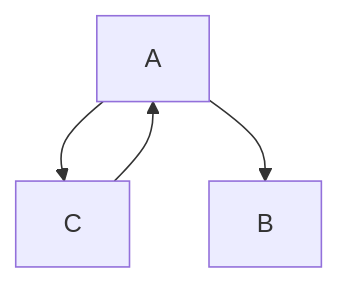
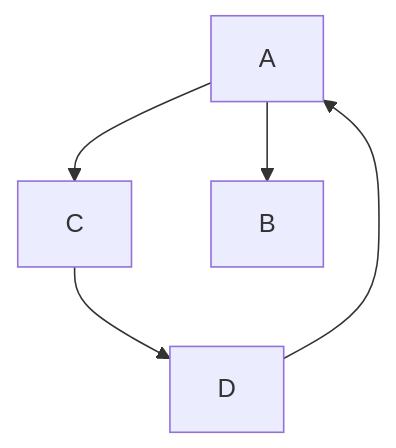
The fourth of 10 diagrams in packages/lovely-mermaid/test/cases/flowchart/regressions.md (xl0/grok-mermaid), drawn with Mermaid before and after one commit. The commit also changed other lines of this file and 4 other files, not shown here.

````diff
--- a/packages/lovely-mermaid/test/cases/flowchart/regressions.md
+++ b/packages/lovely-mermaid/test/cases/flowchart/regressions.md
@@ -55,6 +56,7 @@
 ```mermaid
 flowchart TD
   A --> C
+  C --> D
   A --> B
-  C --> A
+  D --> A
 ```
````
